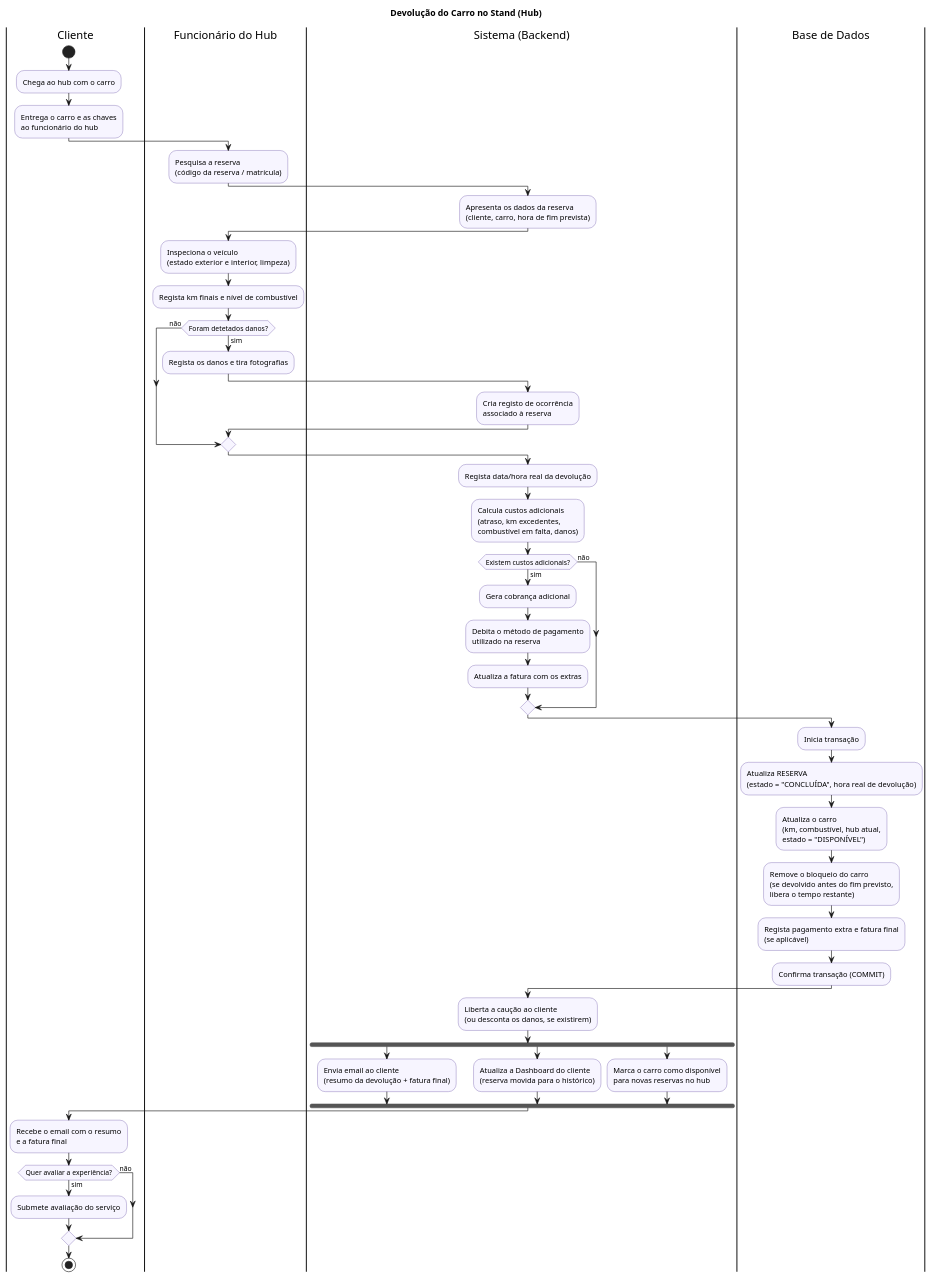
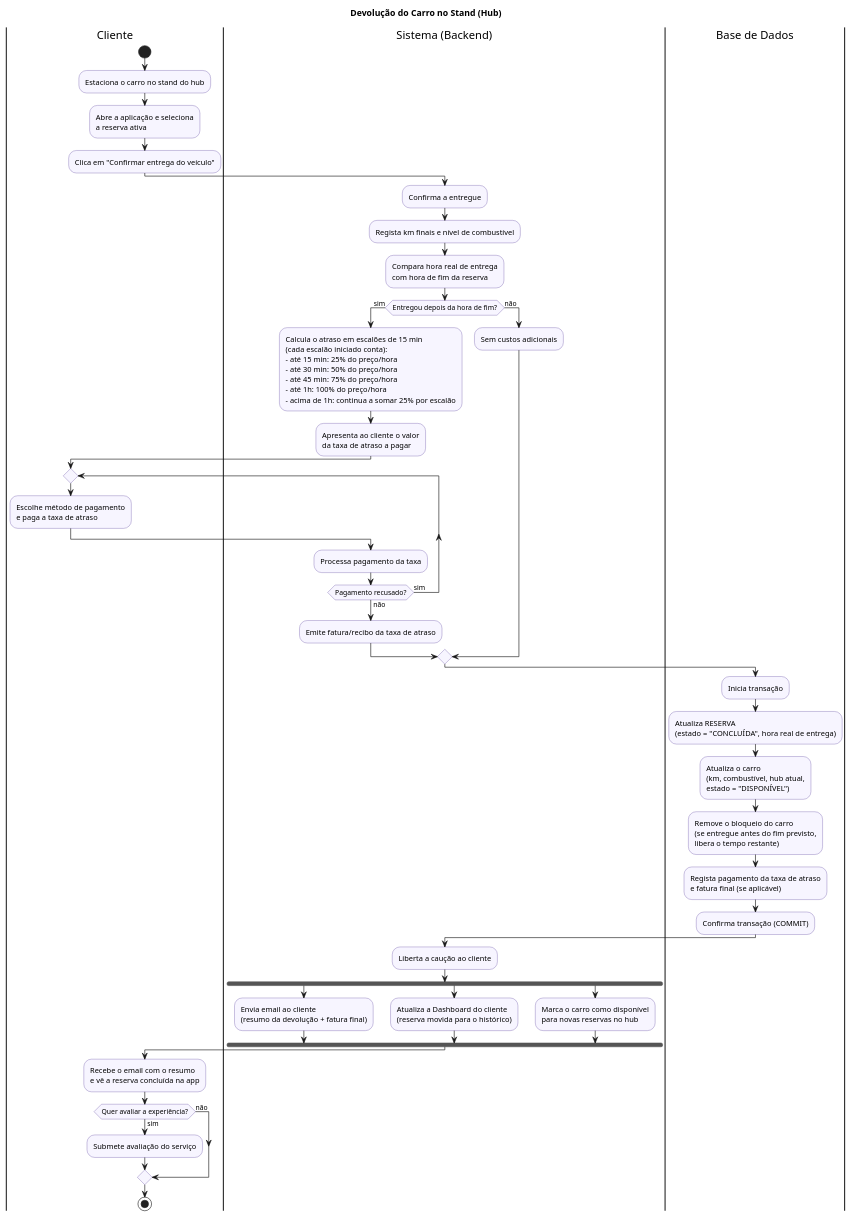
Before and after one commit to MATPERDU94/DriveNow: the diagram in doc/entregue_carro.puml, drawn with PlantUML. The commit also changed 2 other files, not shown here.

```diff
--- a/doc/entregue_carro.puml
+++ b/doc/entregue_carro.puml
@@ -1,73 +1,68 @@
 @startuml
 title Devolução do Carro no Stand (Hub)
 
 skinparam shadowing false
 skinparam defaultFontName Arial
 skinparam activity {
   BackgroundColor #F7F5FF
   BorderColor #553C9A
 }
 
 |Cliente|
 start
-:Chega ao hub com o carro;
-:Entrega o carro e as chaves\nao funcionário do hub;
-
-|Funcionário do Hub|
-:Pesquisa a reserva\n(código da reserva / matrícula);
+:Estaciona o carro no stand do hub;
+:Abre a aplicação e seleciona\na reserva ativa;
+:Clica em "Confirmar entrega do veículo";
 
 |Sistema (Backend)|
-:Apresenta os dados da reserva\n(cliente, carro, hora de fim prevista);
+:Confirma a entregue;
+:Regista km finais e nível de combustível;
+:Compara hora real de entrega\ncom hora de fim da reserva;
 
-|Funcionário do Hub|
-:Inspeciona o veículo\n(estado exterior e interior, limpeza);
-:Regista km finais e nível de combustível;
+if (Entregou depois da hora de fim?) then (sim)
+  :Calcula o atraso em escalões de 15 min\n(cada escalão iniciado conta):\n- até 15 min: 25% do preço/hora\n- até 30 min: 50% do preço/hora\n- até 45 min: 75% do preço/hora\n- até 1h: 100% do preço/hora\n- acima de 1h: continua a somar 25% por escalão;
+  :Apresenta ao cliente o valor\nda taxa de atraso a pagar;
 
-if (Foram detetados danos?) then (sim)
-  :Regista os danos e tira fotografias;
-  |Sistema (Backend)|
-  :Cria registo de ocorrência\nassociado à reserva;
+  |Cliente|
+  repeat
+    :Escolhe método de pagamento\ne paga a taxa de atraso;
+
+    |Sistema (Backend)|
+    :Processa pagamento da taxa;
+  repeat while (Pagamento recusado?) is (sim) not (não)
+
+  :Emite fatura/recibo da taxa de atraso;
 else (não)
-endif
-
-|Sistema (Backend)|
-:Regista data/hora real da devolução;
-:Calcula custos adicionais\n(atraso, km excedentes,\ncombustível em falta, danos);
-
-if (Existem custos adicionais?) then (sim)
-  :Gera cobrança adicional;
-  :Debita o método de pagamento\nutilizado na reserva;
-  :Atualiza a fatura com os extras;
-else (não)
+  :Sem custos adicionais;
 endif
 
 |Base de Dados|
 :Inicia transação;
-:Atualiza RESERVA\n(estado = "CONCLUÍDA", hora real de devolução);
+:Atualiza RESERVA\n(estado = "CONCLUÍDA", hora real de entrega);
 :Atualiza o carro\n(km, combustível, hub atual,\nestado = "DISPONÍVEL");
-:Remove o bloqueio do carro\n(se devolvido antes do fim previsto,\nlibera o tempo restante);
-:Regista pagamento extra e fatura final\n(se aplicável);
+:Remove o bloqueio do carro\n(se entregue antes do fim previsto,\nlibera o tempo restante);
+:Regista pagamento da taxa de atraso\ne fatura final (se aplicável);
 :Confirma transação (COMMIT);
 
 |Sistema (Backend)|
-:Liberta a caução ao cliente\n(ou desconta os danos, se existirem);
+:Liberta a caução ao cliente;
 
 fork
   :Envia email ao cliente\n(resumo da devolução + fatura final);
 fork again
   :Atualiza a Dashboard do cliente\n(reserva movida para o histórico);
 fork again
   :Marca o carro como disponível\npara novas reservas no hub;
 end fork
 
 |Cliente|
-:Recebe o email com o resumo\ne a fatura final;
+:Recebe o email com o resumo\ne vê a reserva concluída na app;
 
 if (Quer avaliar a experiência?) then (sim)
   :Submete avaliação do serviço;
 else (não)
 endif
 
 stop
 
 @enduml
```
